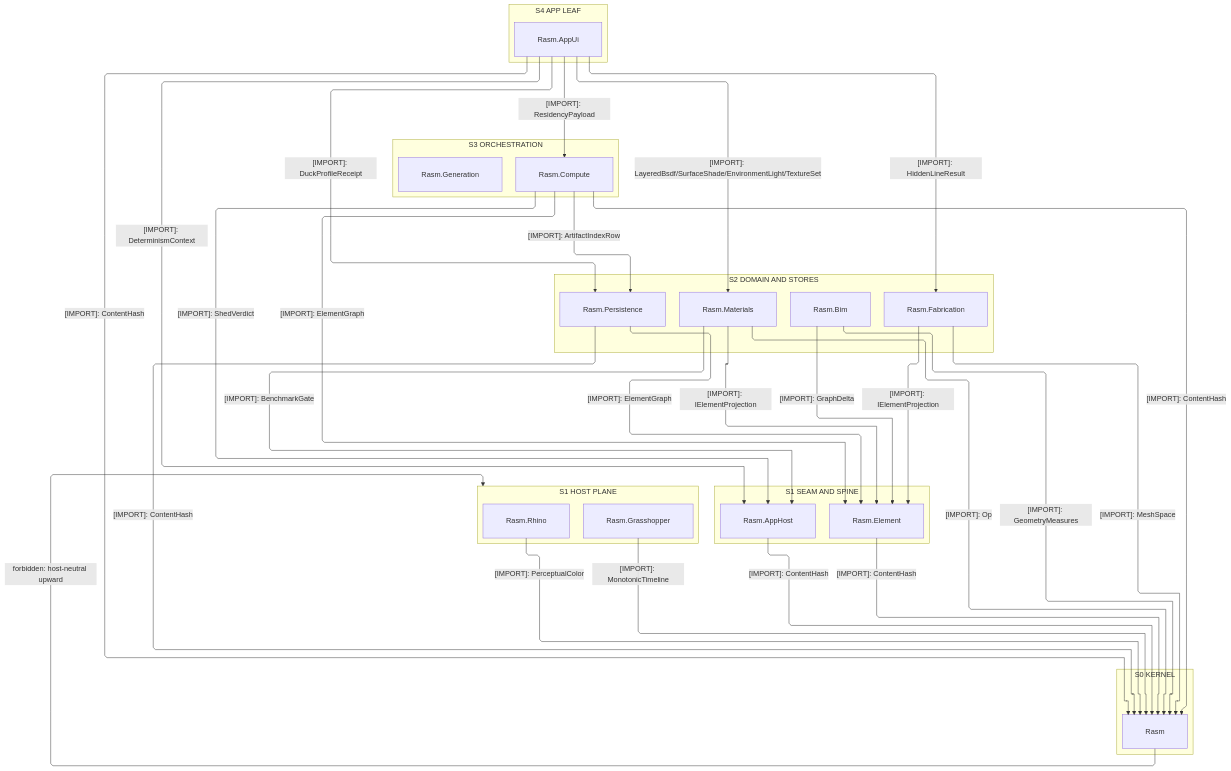
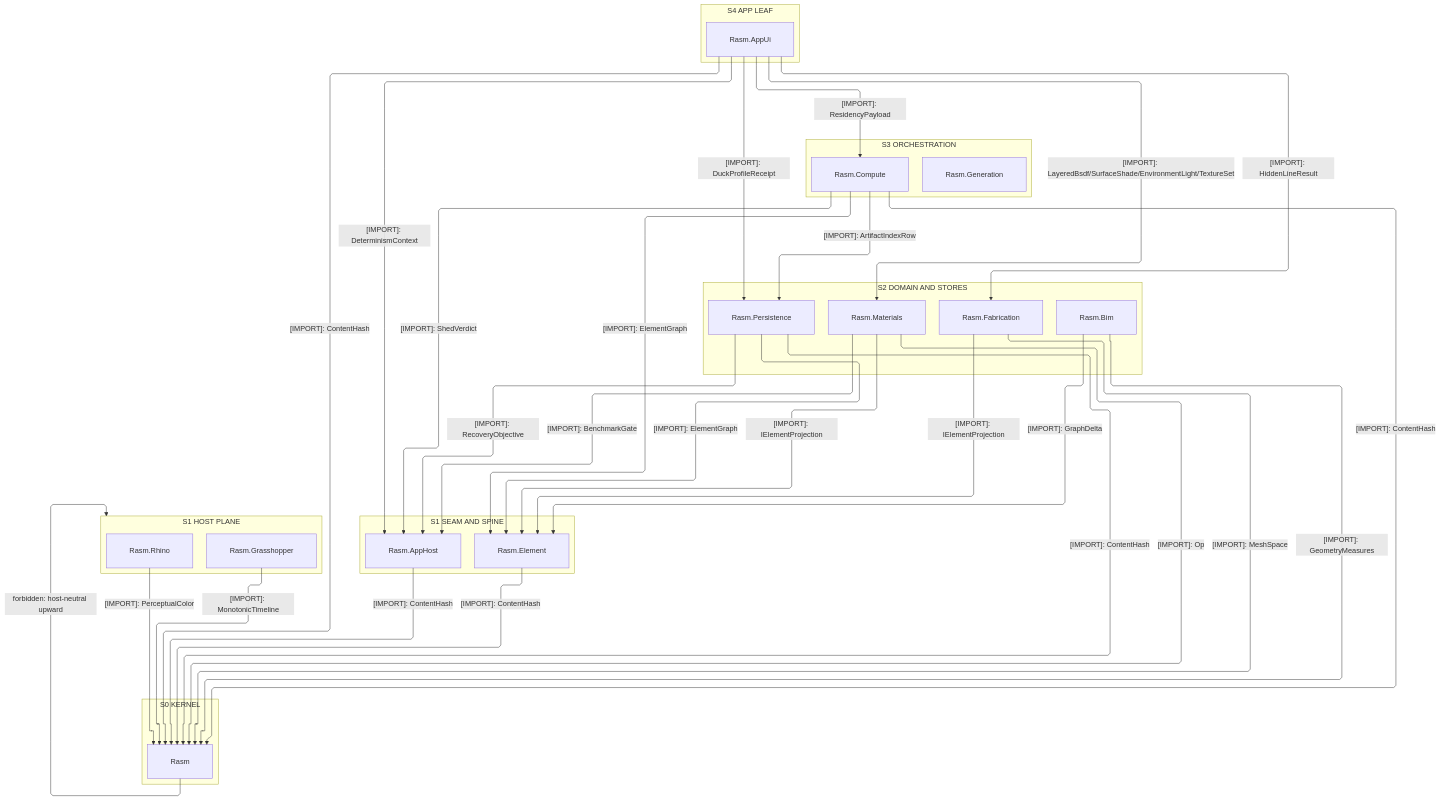
Before and after one commit to bsamiee/Rasm: the first of 5 diagrams in libs/csharp/.planning/ARCHITECTURE.md, drawn with Mermaid. The commit also changed other lines of this file and 400 other files, not shown here.

````diff
--- a/libs/csharp/.planning/ARCHITECTURE.md
+++ b/libs/csharp/.planning/ARCHITECTURE.md
@@ -46,60 +47,61 @@
 ```mermaid
 ---
 config:
   layout: elk
   flowchart:
     curve: linear
     padding: 25
 ---
 flowchart TB
     accTitle: C# branch package reference strata
     accDescr: Five host-neutral ranks from the app-platform leaf down to the kernel beside a plane-distinct host boundary at the seam rank — every reference edge downward and solid, labeled edges naming one sourced type, no edge inside any rank, one forbidden host-neutral upward edge, and the target package seated edgeless until its first design page freezes the types it sources.
     subgraph S4["S4 APP LEAF"]
         AppUi[Rasm.AppUi]
     end
     subgraph S3["S3 ORCHESTRATION"]
         Compute[Rasm.Compute]
         Generation[Rasm.Generation]
     end
     subgraph S2["S2 DOMAIN AND STORES"]
         Bim[Rasm.Bim]
         Materials[Rasm.Materials]
         Fabrication[Rasm.Fabrication]
         Persistence[Rasm.Persistence]
     end
     subgraph S1["S1 SEAM AND SPINE"]
         Element[Rasm.Element]
         AppHost[Rasm.AppHost]
     end
     subgraph HOST["S1 HOST PLANE"]
         Rhino[Rasm.Rhino]
         Grasshopper[Rasm.Grasshopper]
     end
     subgraph S0["S0 KERNEL"]
         Rasm[Rasm]
     end
     Rhino -->|"[IMPORT]: PerceptualColor"| Rasm
     Grasshopper -->|"[IMPORT]: MonotonicTimeline"| Rasm
     Element -->|"[IMPORT]: ContentHash"| Rasm
     AppHost -->|"[IMPORT]: ContentHash"| Rasm
     Persistence -->|"[IMPORT]: ElementGraph"| Element
     Persistence -->|"[IMPORT]: ContentHash"| Rasm
+    Persistence -->|"[IMPORT]: RecoveryObjective"| AppHost
     Materials -->|"[IMPORT]: IElementProjection"| Element
     Materials -->|"[IMPORT]: Op"| Rasm
     Materials -->|"[IMPORT]: BenchmarkGate"| AppHost
     Bim -->|"[IMPORT]: GraphDelta"| Element
     Bim -->|"[IMPORT]: GeometryMeasures"| Rasm
     Fabrication -->|"[IMPORT]: IElementProjection"| Element
     Fabrication -->|"[IMPORT]: MeshSpace"| Rasm
     Compute -->|"[IMPORT]: ElementGraph"| Element
     Compute -->|"[IMPORT]: ContentHash"| Rasm
     Compute -->|"[IMPORT]: ShedVerdict"| AppHost
     Compute -->|"[IMPORT]: ArtifactIndexRow"| Persistence
     AppUi -->|"[IMPORT]: ContentHash"| Rasm
     AppUi -->|"[IMPORT]: DeterminismContext"| AppHost
     AppUi -->|"[IMPORT]: ResidencyPayload"| Compute
     AppUi -->|"[IMPORT]: LayeredBsdf/SurfaceShade/EnvironmentLight/TextureSet"| Materials
     AppUi -->|"[IMPORT]: HiddenLineResult"| Fabrication
     AppUi -->|"[IMPORT]: DuckProfileReceipt"| Persistence
     Rasm -->|"forbidden: host-neutral upward"| HOST
 ```
````
